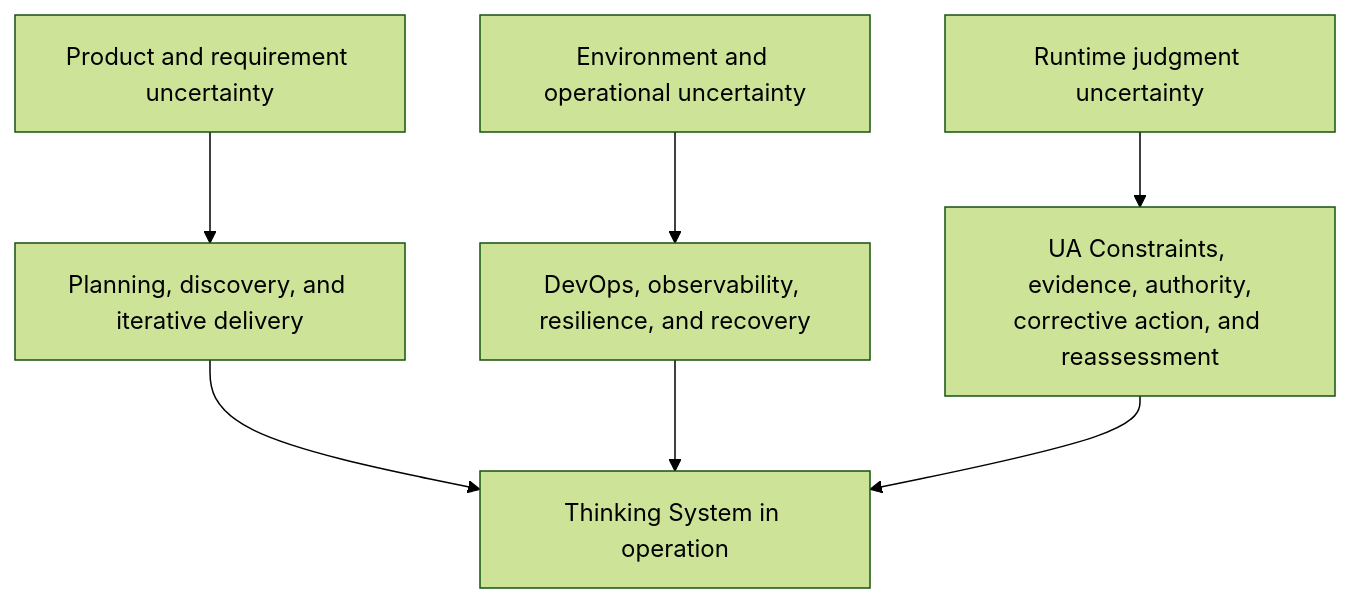
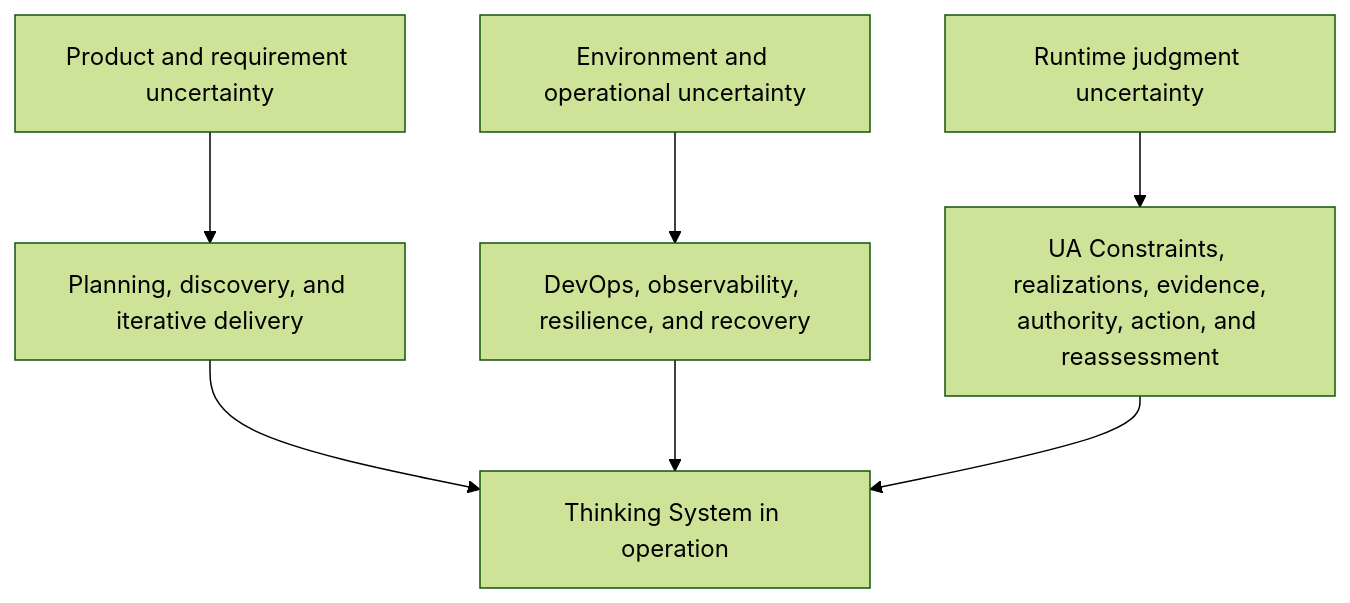
Before and after one commit to UncertaintyArchitectureGroup/uncertainty-architecture: the first of 4 diagrams in 00-doctrine/uncertainty-in-the-controlled-object.md, drawn with Mermaid (forest theme). The commit also changed other lines of this file, not shown here.

Commit message:
docs: expose realizations in controlled-object doctrine

````diff
--- a/00-doctrine/uncertainty-in-the-controlled-object.md
+++ b/00-doctrine/uncertainty-in-the-controlled-object.md
@@ -127,14 +97,14 @@
 ```mermaid
 flowchart TB
     P[Product and requirement uncertainty]
     PD[Planning, discovery, and iterative delivery]
     O[Environment and operational uncertainty]
     OD[DevOps, observability, resilience, and recovery]
     J[Runtime judgment uncertainty]
-    UA[UA Constraints, evidence, authority,<br/>corrective action, and reassessment]
+    UA[UA Constraints, realizations, evidence,<br/>authority, action, and reassessment]
     S[Thinking System in operation]
 
     P --> PD --> S
     O --> OD --> S
     J --> UA --> S
 ```
````
